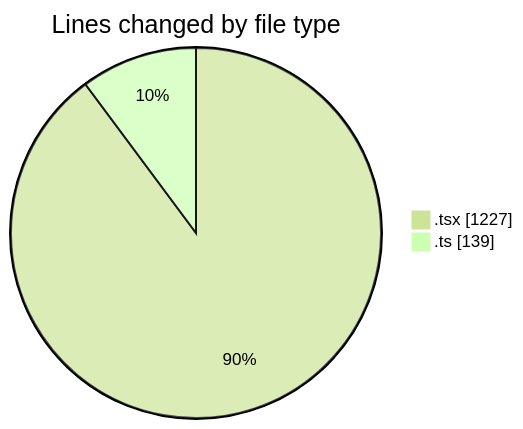
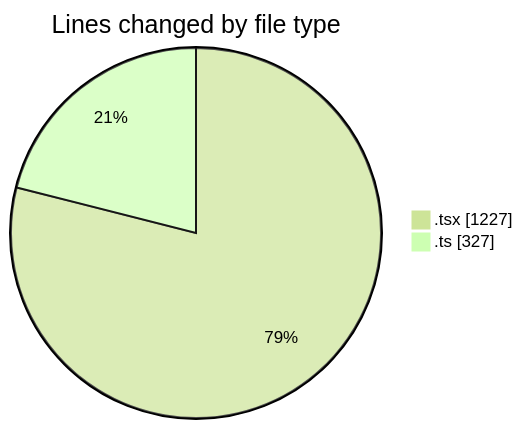
One commit to nxtqubesakshisongat/code-tracking changed the first of 2 diagrams in 2026-03-24/nxtqube_webapp/README.md. Above: the diagram before and after it, drawn with Mermaid (forest theme). The commit also changed other lines of this file and 1 other file, not shown here.

````diff
--- a/2026-03-24/nxtqube_webapp/README.md
+++ b/2026-03-24/nxtqube_webapp/README.md
@@ -22,6 +22,6 @@
 ```mermaid
 pie showData
 title Lines changed by file type
 ".tsx" : 1227
-".ts" : 139
+".ts" : 327
 ```
````
